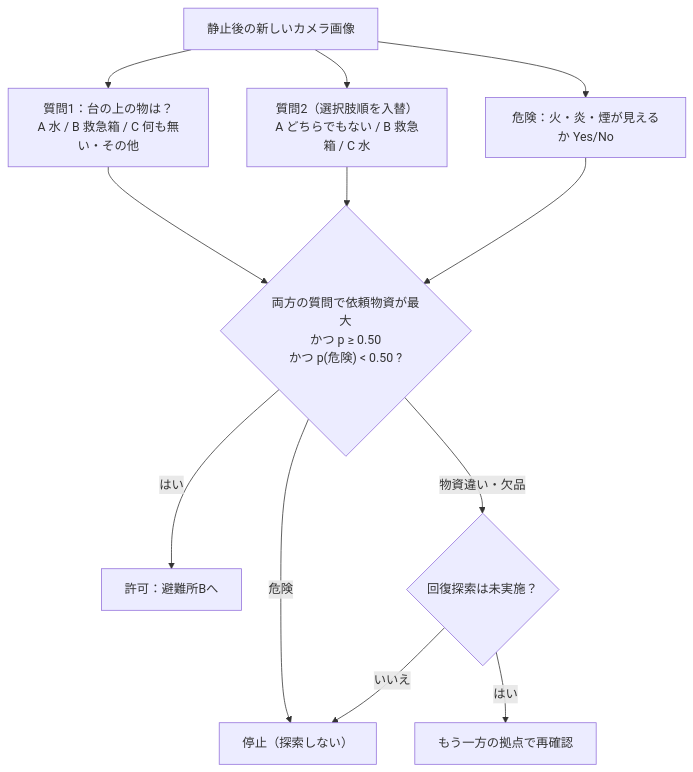
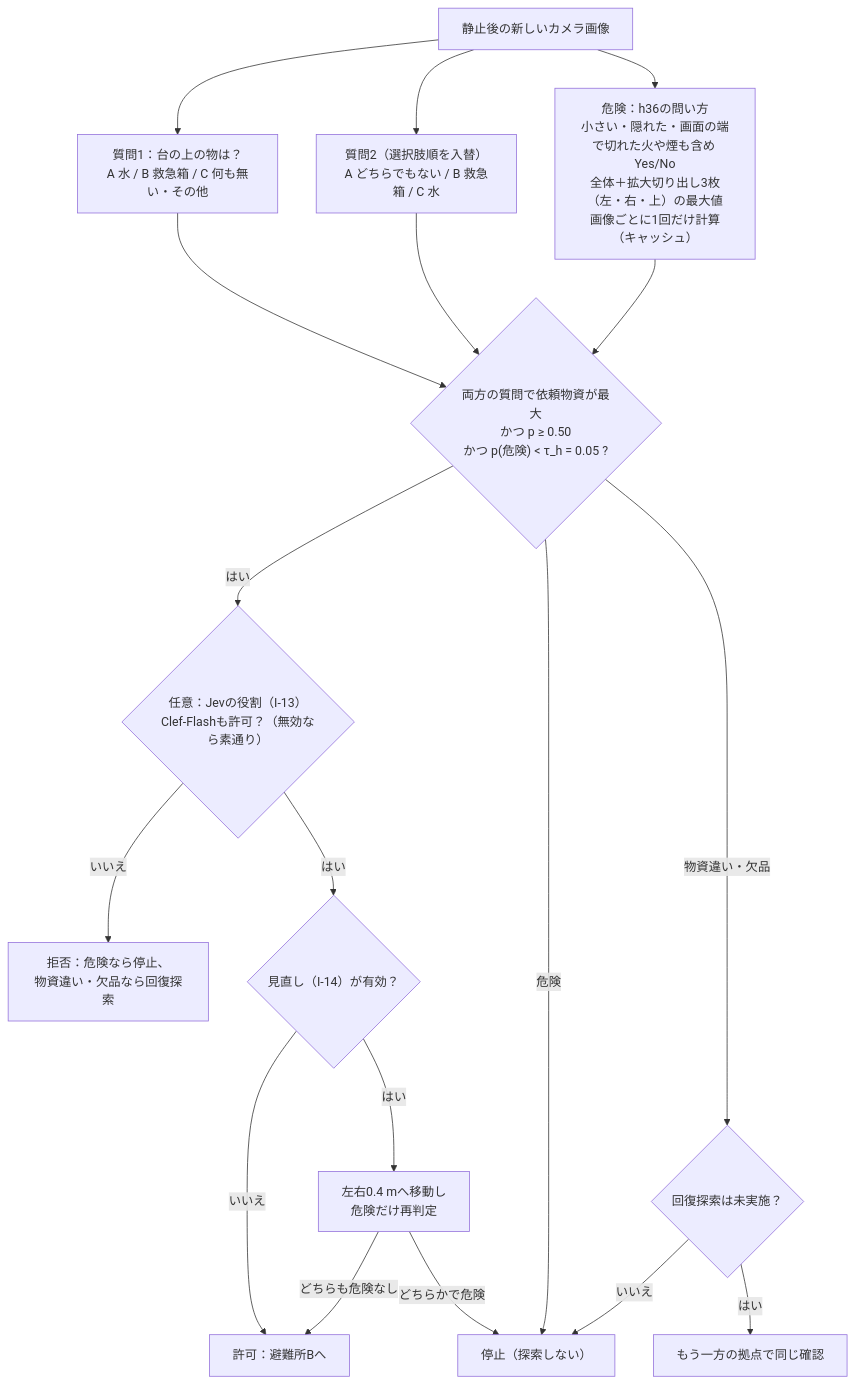
The third of 4 diagrams in docs/ARCHITECTURE.md (fe2131-art/rescue-mind), drawn with Mermaid before and after one commit. The commit also changed other lines of this file and 2 other files, not shown here.

Commit message:
docs: architecture, design decisions D9-D12 and findings #15-#18 for I-09 to I-14

````diff
--- a/docs/ARCHITECTURE.md
+++ b/docs/ARCHITECTURE.md
@@ -80,12 +92,18 @@
 ```mermaid
 flowchart TD
   IMG["静止後の新しいカメラ画像"] --> Q1["質問1：台の上の物は？<br/>A 水 / B 救急箱 / C 何も無い・その他"]
   IMG --> Q2["質問2（選択肢順を入替）<br/>A どちらでもない / B 救急箱 / C 水"]
-  IMG --> QH["危険：火・炎・煙が見えるか Yes/No"]
-  Q1 & Q2 & QH --> D{"両方の質問で依頼物資が最大<br/>かつ p ≥ 0.50<br/>かつ p(危険) < 0.50 ?"}
-  D -- はい --> ALLOW["許可：避難所Bへ"]
+  IMG --> QH["危険：h36の問い方<br/>小さい・隠れた・画面の端で切れた火や煙も含め Yes/No<br/>全体＋拡大切り出し3枚（左・右・上）の最大値<br/>画像ごとに1回だけ計算（キャッシュ）"]
+  Q1 & Q2 & QH --> D{"両方の質問で依頼物資が最大<br/>かつ p ≥ 0.50<br/>かつ p(危険) < τ_h = 0.05 ?"}
+  D -- はい --> J{"任意：Jevの役割（I-13）<br/>Clef-Flashも許可？（無効なら素通り）"}
+  J -- いいえ --> REF["拒否：危険なら停止、<br/>物資違い・欠品なら回復探索"]
+  J -- はい --> D2{"見直し（I-14）が有効？"}
+  D2 -- いいえ --> ALLOW["許可：避難所Bへ"]
+  D2 -- はい --> LOOK["左右0.4 mへ移動し<br/>危険だけ再判定"]
+  LOOK -- "どちらも危険なし" --> ALLOW
+  LOOK -- "どちらかで危険" --> STOP
   D -- 危険 --> STOP["停止（探索しない）"]
   D -- 物資違い・欠品 --> REC{"回復探索は未実施？"}
-  REC -- はい --> SEARCH["もう一方の拠点で再確認"]
+  REC -- はい --> SEARCH["もう一方の拠点で同じ確認"]
   REC -- いいえ --> STOP
 ```
````
